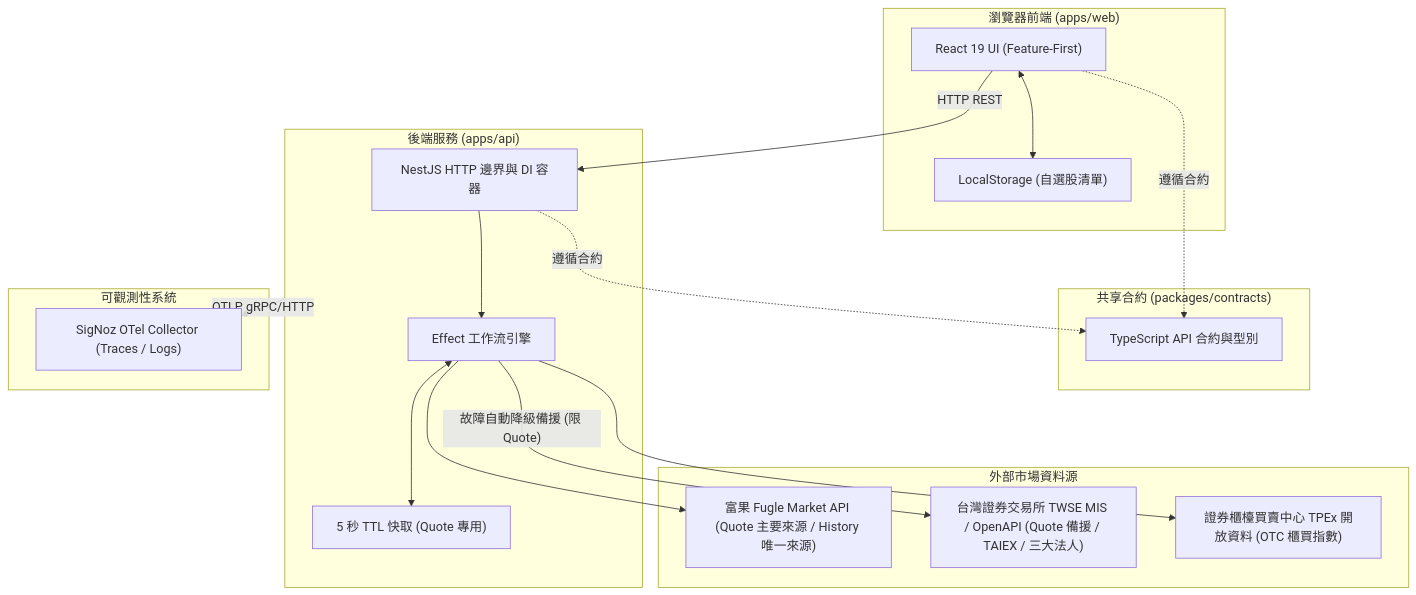
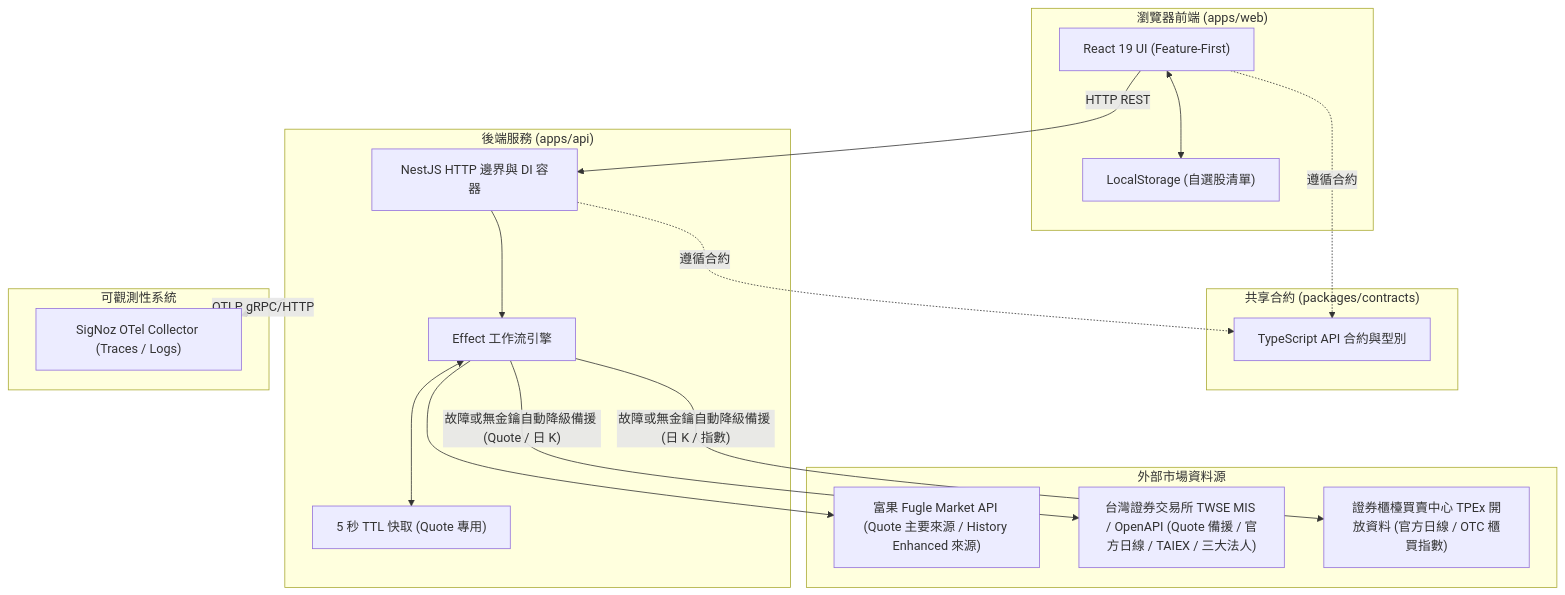
One commit to jchuder/tw-stock-dashboard changed the first of 2 diagrams in README.md. Above: the diagram before and after it, drawn with Mermaid. The commit also changed other lines of this file and 2 other files, not shown here.

Commit message:
fix(public-data): isolate market probes and sync docs

````diff
--- a/README.md
+++ b/README.md
@@ -29,38 +29,38 @@
 ```mermaid
 flowchart TB
     subgraph Client["瀏覽器前端 (apps/web)"]
         UI["React 19 UI (Feature-First)"]
         LocalStorage["LocalStorage (自選股清單)"]
         UI <--> LocalStorage
     end
 
     subgraph Contracts["共享合約 (packages/contracts)"]
         Types["TypeScript API 合約與型別"]
     end
 
     subgraph Server["後端服務 (apps/api)"]
         Nest["NestJS HTTP 邊界與 DI 容器"]
         EffectEngine["Effect 工作流引擎"]
         QuoteCache["5 秒 TTL 快取 (Quote 專用)"]
         Nest --> EffectEngine
         EffectEngine <--> QuoteCache
     end
 
     subgraph Upstream["外部市場資料源"]
-        Fugle["富果 Fugle Market API (Quote 主要來源 / History 唯一來源)"]
-        TWSE["台灣證券交易所 TWSE MIS / OpenAPI (Quote 備援 / TAIEX / 三大法人)"]
-        TPEx["證券櫃檯買賣中心 TPEx 開放資料 (OTC 櫃買指數)"]
+        Fugle["富果 Fugle Market API (Quote 主要來源 / History Enhanced 來源)"]
+        TWSE["台灣證券交易所 TWSE MIS / OpenAPI (Quote 備援 / 官方日線 / TAIEX / 三大法人)"]
+        TPEx["證券櫃檯買賣中心 TPEx 開放資料 (官方日線 / OTC 櫃買指數)"]
     end
 
     subgraph Telemetry["可觀測性系統"]
         SigNoz["SigNoz OTel Collector (Traces / Logs)"]
     end
 
     UI -- HTTP REST --> Nest
     UI -. 遵循合約 .-> Types
     Nest -. 遵循合約 .-> Types
     EffectEngine --> Fugle
-    EffectEngine -- 故障自動降級備援 (限 Quote) --> TWSE
-    EffectEngine --> TPEx
+    EffectEngine -- 故障或無金鑰自動降級備援 (Quote / 日 K) --> TWSE
+    EffectEngine -- 故障或無金鑰自動降級備援 (日 K / 指數) --> TPEx
     Server -- OTLP gRPC/HTTP --> SigNoz
 ```
````
